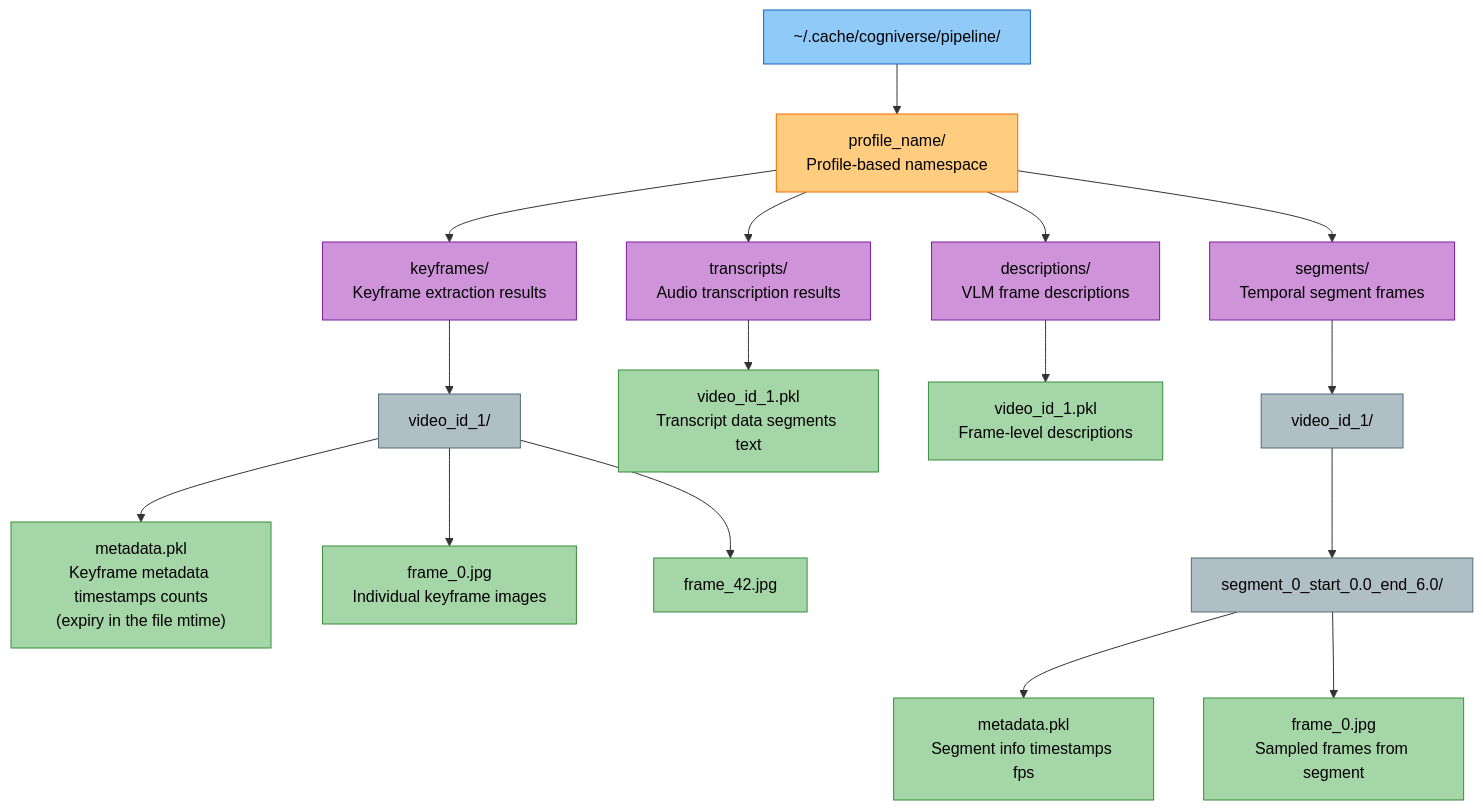
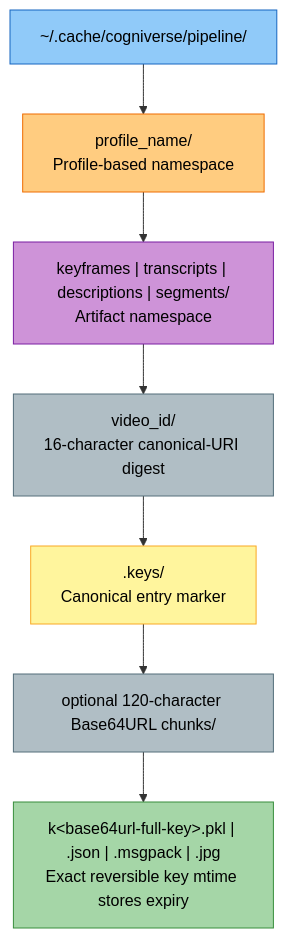
Before and after one commit to amit-jain/cogniverse: the third of 5 diagrams in docs/modules/cache.md, drawn with Mermaid. The commit also changed other lines of this file and 4 other files, not shown here.

Commit message:
Use canonical filesystem cache keys

````diff
--- a/docs/modules/cache.md
+++ b/docs/modules/cache.md
@@ -199,59 +199,25 @@
 ```mermaid
 flowchart TB
     ROOT["<span style='color:#000'>~/.cache/cogniverse/pipeline/</span>"]
     PROF["<span style='color:#000'>profile_name/<br/>Profile-based namespace</span>"]
-    KF["<span style='color:#000'>keyframes/<br/>Keyframe extraction results</span>"]
-    VID1["<span style='color:#000'>video_id_1/</span>"]
-    META1["<span style='color:#000'>metadata.pkl<br/>Keyframe metadata timestamps counts<br/>(expiry in the file mtime)</span>"]
-    F0["<span style='color:#000'>frame_0.jpg<br/>Individual keyframe images</span>"]
-    F42["<span style='color:#000'>frame_42.jpg</span>"]
-
-    TR["<span style='color:#000'>transcripts/<br/>Audio transcription results</span>"]
-    TRV1["<span style='color:#000'>video_id_1.pkl<br/>Transcript data segments text</span>"]
-
-    DESC["<span style='color:#000'>descriptions/<br/>VLM frame descriptions</span>"]
-    DESCV1["<span style='color:#000'>video_id_1.pkl<br/>Frame-level descriptions</span>"]
-
-    SEG["<span style='color:#000'>segments/<br/>Temporal segment frames</span>"]
-    SEGV1["<span style='color:#000'>video_id_1/</span>"]
-    SEG0["<span style='color:#000'>segment_0_start_0.0_end_6.0/</span>"]
-    SEGMETA["<span style='color:#000'>metadata.pkl<br/>Segment info timestamps fps</span>"]
-    SEGF0["<span style='color:#000'>frame_0.jpg<br/>Sampled frames from segment</span>"]
+    ART["<span style='color:#000'>keyframes | transcripts | descriptions | segments/<br/>Artifact namespace</span>"]
+    VID["<span style='color:#000'>video_id/<br/>16-character canonical-URI digest</span>"]
+    KEYS["<span style='color:#000'>.keys/<br/>Canonical entry marker</span>"]
+    CHUNKS["<span style='color:#000'>optional 120-character Base64URL chunks/</span>"]
+    VALUE["<span style='color:#000'>k&lt;base64url-full-key&gt;.pkl | .json | .msgpack | .jpg<br/>Exact reversible key; mtime stores expiry</span>"]
 
     ROOT --> PROF
-    PROF --> KF
-    PROF --> TR
-    PROF --> DESC
-    PROF --> SEG
-
-    KF --> VID1
-    VID1 --> META1
-    VID1 --> F0
-    VID1 --> F42
-
-    TR --> TRV1
-
-    DESC --> DESCV1
-
-    SEG --> SEGV1
-    SEGV1 --> SEG0
-    SEG0 --> SEGMETA
-    SEG0 --> SEGF0
+    PROF --> ART
+    ART --> VID
+    VID --> KEYS
+    KEYS --> CHUNKS
+    CHUNKS --> VALUE
 
     style ROOT fill:#90caf9,stroke:#1565c0,color:#000
     style PROF fill:#ffcc80,stroke:#ef6c00,color:#000
-    style KF fill:#ce93d8,stroke:#7b1fa2,color:#000
-    style TR fill:#ce93d8,stroke:#7b1fa2,color:#000
-    style DESC fill:#ce93d8,stroke:#7b1fa2,color:#000
-    style SEG fill:#ce93d8,stroke:#7b1fa2,color:#000
-    style VID1 fill:#b0bec5,stroke:#546e7a,color:#000
-    style META1 fill:#a5d6a7,stroke:#388e3c,color:#000
-    style F0 fill:#a5d6a7,stroke:#388e3c,color:#000
-    style F42 fill:#a5d6a7,stroke:#388e3c,color:#000
-    style TRV1 fill:#a5d6a7,stroke:#388e3c,color:#000
-    style DESCV1 fill:#a5d6a7,stroke:#388e3c,color:#000
-    style SEGV1 fill:#b0bec5,stroke:#546e7a,color:#000
-    style SEG0 fill:#b0bec5,stroke:#546e7a,color:#000
-    style SEGMETA fill:#a5d6a7,stroke:#388e3c,color:#000
-    style SEGF0 fill:#a5d6a7,stroke:#388e3c,color:#000
+    style ART fill:#ce93d8,stroke:#7b1fa2,color:#000
+    style VID fill:#b0bec5,stroke:#546e7a,color:#000
+    style KEYS fill:#fff59d,stroke:#f9a825,color:#000
+    style CHUNKS fill:#b0bec5,stroke:#546e7a,color:#000
+    style VALUE fill:#a5d6a7,stroke:#388e3c,color:#000
 ```
````
